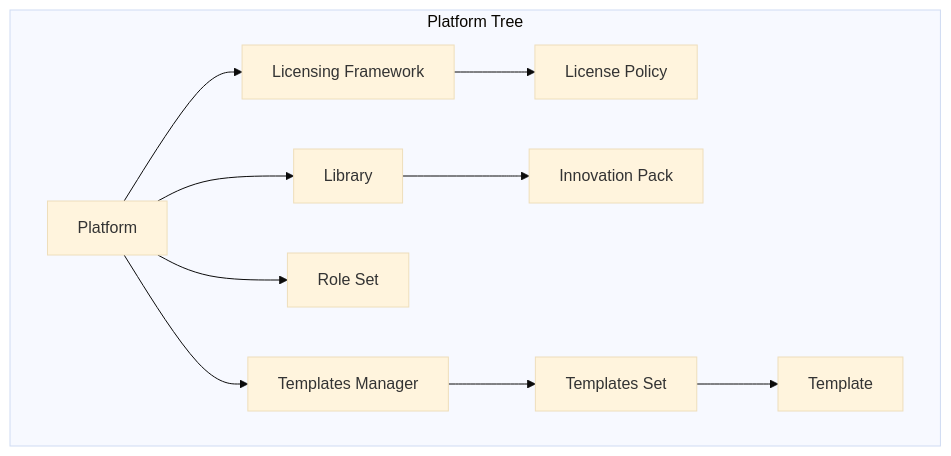
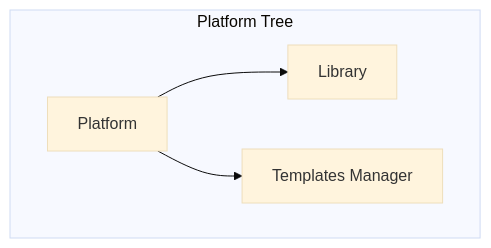
The sixth of 11 diagrams in docs/credential-based-authorization.md (alkem-io/server), drawn with Mermaid (base theme) before and after one commit. The commit also changed other lines of this file, not shown here.

````diff
--- a/docs/credential-based-authorization.md
+++ b/docs/credential-based-authorization.md
@@ -221,14 +225,7 @@
 ```mermaid
 graph TD
     subgraph "Platform Tree"
         Platform --> Library;
         Platform --> TM["Templates Manager"];
-        Platform --> RS["Role Set"];
-        Platform --> LF["Licensing Framework"];
-
-        LF --> LP["License Policy"];
-        Library --> IP["Innovation Pack"];
-        TM --> TS["Templates Set"];
-        TS --> Template;
     end
 ```
````
